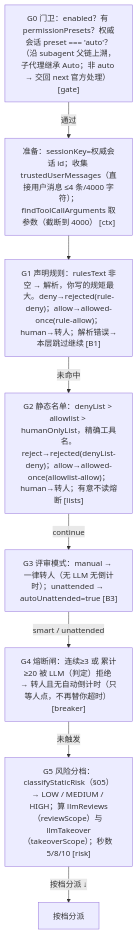
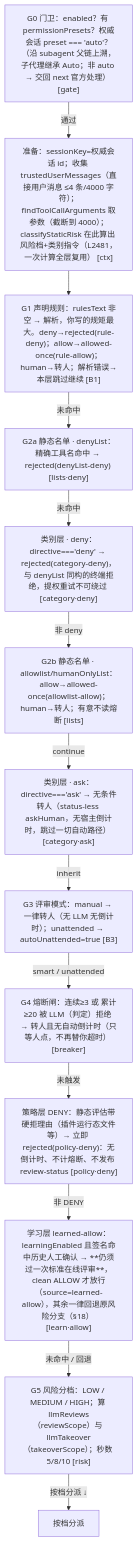
Before and after one commit to cuddly-guacamole/dsh-auto-approval-llm: the diagram in docs/04-adjudicator-pipeline.md, drawn with Mermaid. The commit also changed other lines of this file and 18 other files, not shown here.

````diff
--- a/docs/04-adjudicator-pipeline.md
+++ b/docs/04-adjudicator-pipeline.md
@@ -7,10 +7,15 @@
 ```mermaid
 flowchart TD
-    A1["G0 门卫：enabled？有 permissionPresets？权威会话 preset === 'auto'？（沿 subagent 父链上溯，子代理继承 Auto；非 auto → 交回 next 官方处理） [gate]"] -->|通过| A2["准备：sessionKey=权威会话 id；收集 trustedUserMessages（直接用户消息 ≤4 条/4000 字符）；findToolCallArguments 取参数（截断到 4000） [ctx]"]
+    A1["G0 门卫：enabled？有 permissionPresets？权威会话 preset === 'auto'？（沿 subagent 父链上溯，子代理继承 Auto；非 auto → 交回 next 官方处理） [gate]"] -->|通过| A2["准备：sessionKey=权威会话 id；收集 trustedUserMessages（直接用户消息 ≤4 条/4000 字符）；findToolCallArguments 取参数（截断到 4000）；classifyStaticRisk 在此算出 风险档+类别指令（L2481，一次计算全层复用） [ctx]"]
     A2 --> A3["G1 声明规则：rulesText 非空 → 解析，你写的规矩最大。deny→rejected(rule-deny)；allow→allowed-once(rule-allow)；human→转人；解析错误→本层跳过继续 [B1]"]
-    A3 -->|未命中| A4["G2 静态名单：denyList > allowlist > humanOnlyList，精确工具名。reject→rejected(denyList-deny)；allow→allowed-once(allowlist-allow)；human→转人；有意不读熔断 [lists]"]
-    A4 -->|continue| A5["G3 评审模式：manual → 一律转人（无 LLM 无倒计时）；unattended → autoUnattended=true [B3]"]
-    A5 -->|smart / unattended| A6["G4 熔断闸：连续≥3 或 累计≥20 被 LLM（判定）拒绝 → 转人且无自动倒计时（只等人点，不再替你超时） [breaker]"]
-    A6 -->|未触发| A7["G5 风险分档：classifyStaticRisk（§05）→ LOW / MEDIUM / HIGH；算 llmReviews（reviewScope）与 llmTakeover（takeoverScope）；秒数 5/8/10 [risk]"]
-    A7 -->|按档分派 ↓| A8["按档分派"]
+    A3 -->|未命中| A4["G2a 静态名单 · denyList：精确工具名命中 → rejected(denyList-deny) [lists·deny]"]
+    A4 -->|未命中| A5["类别层 · deny：directive==='deny' → rejected(category-deny)，与 denyList 同构的终端拒绝，提权重试不可绕过 [category·deny]"]
+    A5 -->|非 deny| A6["G2b 静态名单 · allowlist/humanOnlyList：allow→allowed-once(allowlist-allow)；human→转人；有意不读熔断 [lists]"]
+    A6 -->|continue| A7["类别层 · ask：directive==='ask' → 无条件转人（status-less askHuman，无宿主倒计时，跳过一切自动路径） [category·ask]"]
+    A7 -->|inherit| A8["G3 评审模式：manual → 一律转人（无 LLM 无倒计时）；unattended → autoUnattended=true [B3]"]
+    A8 -->|smart / unattended| A9["G4 熔断闸：连续≥3 或 累计≥20 被 LLM（判定）拒绝 → 转人且无自动倒计时（只等人点，不再替你超时） [breaker]"]
+    A9 -->|未触发| A10["策略层 DENY：静态评估带硬拒理由（插件运行态文件等）→ 立即 rejected(policy-deny)：无倒计时、不计熔断、不发布 review-status [policy·deny]"]
+    A10 -->|非 DENY| A11["学习层 learned-allow：learningEnabled 且签名命中历史人工确认 → **仍须过一次标准在线评审**，clean ALLOW 才放行（source=learned-allow），其余一律回退原风险分支（§18） [learn·allow]"]
+    A11 -->|未命中 / 回退| A12["G5 风险分档：LOW / MEDIUM / HIGH；算 llmReviews（reviewScope）与 llmTakeover（takeoverScope）；秒数 5/8/10 [risk]"]
+    A12 -->|按档分派 ↓| A13["按档分派"]
 ```
````
